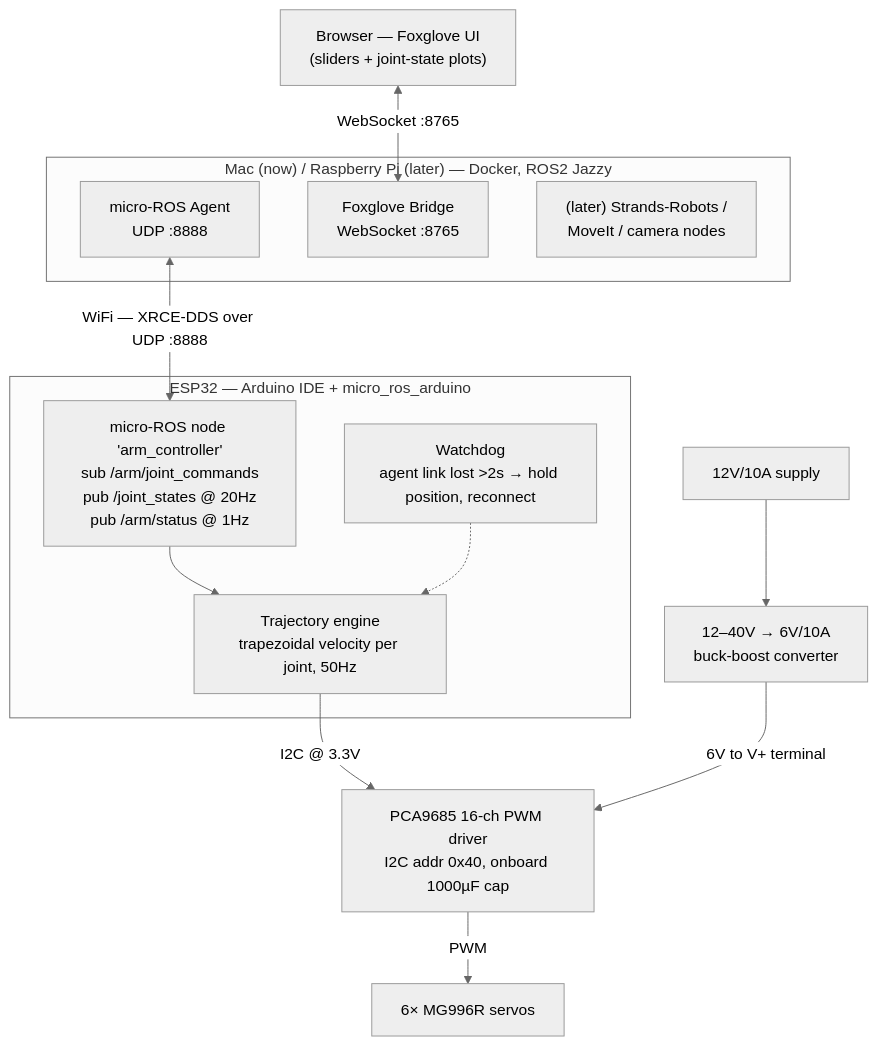
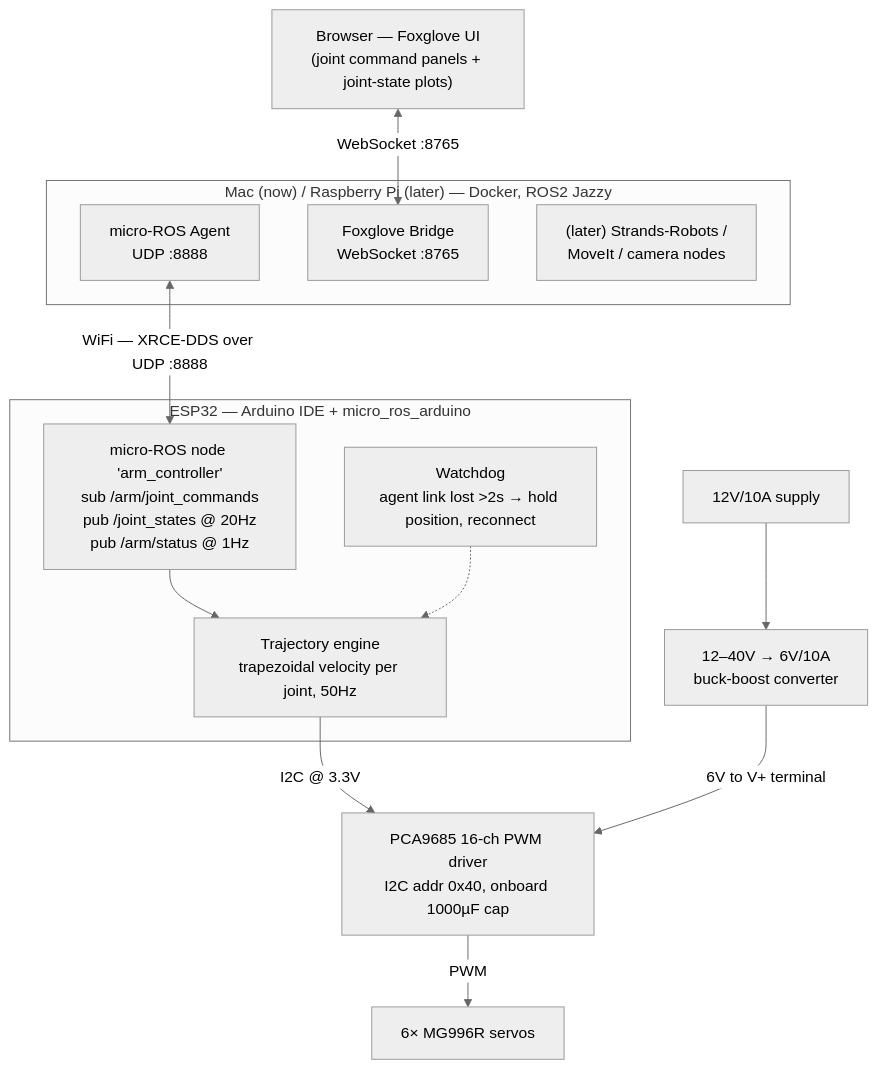
The diagram in docs/architecture.md (jsamuel1/6dof-fun), drawn with Mermaid (neutral theme) before and after one commit. The commit also changed 11 other files, not shown here.

````diff
--- a/docs/architecture.md
+++ b/docs/architecture.md
@@ -9,30 +9,30 @@
 ```mermaid
 flowchart TD
-    browser["Browser — Foxglove UI<br/>(sliders + joint-state plots)"]
+    browser["Browser — Foxglove UI<br/>(joint command panels + joint-state plots)"]
 
     subgraph host["Mac (now) / Raspberry Pi (later) — Docker, ROS2 Jazzy"]
         agent["micro-ROS Agent<br/>UDP :8888"]
         bridge["Foxglove Bridge<br/>WebSocket :8765"]
         future["(later) Strands-Robots /<br/>MoveIt / camera nodes"]
     end
 
     subgraph esp32["ESP32 — Arduino IDE + micro_ros_arduino"]
         node["micro-ROS node 'arm_controller'<br/>sub /arm/joint_commands<br/>pub /joint_states @ 20Hz<br/>pub /arm/status @ 1Hz"]
         traj["Trajectory engine<br/>trapezoidal velocity per joint, 50Hz"]
         wdog["Watchdog<br/>agent link lost >2s → hold position, reconnect"]
     end
 
     pca["PCA9685 16-ch PWM driver<br/>I2C addr 0x40, onboard 1000µF cap"]
     servos["6× MG996R servos"]
     psu["12V/10A supply"]
     buck["12–40V → 6V/10A<br/>buck-boost converter"]
 
     browser <-->|"WebSocket :8765"| bridge
     agent <-->|"WiFi — XRCE-DDS over UDP :8888"| node
     node --> traj
     wdog -.-> traj
     traj -->|"I2C @ 3.3V"| pca
     pca -->|"PWM"| servos
     psu --> buck
     buck -->|"6V to V+ terminal"| pca
 ```
````
